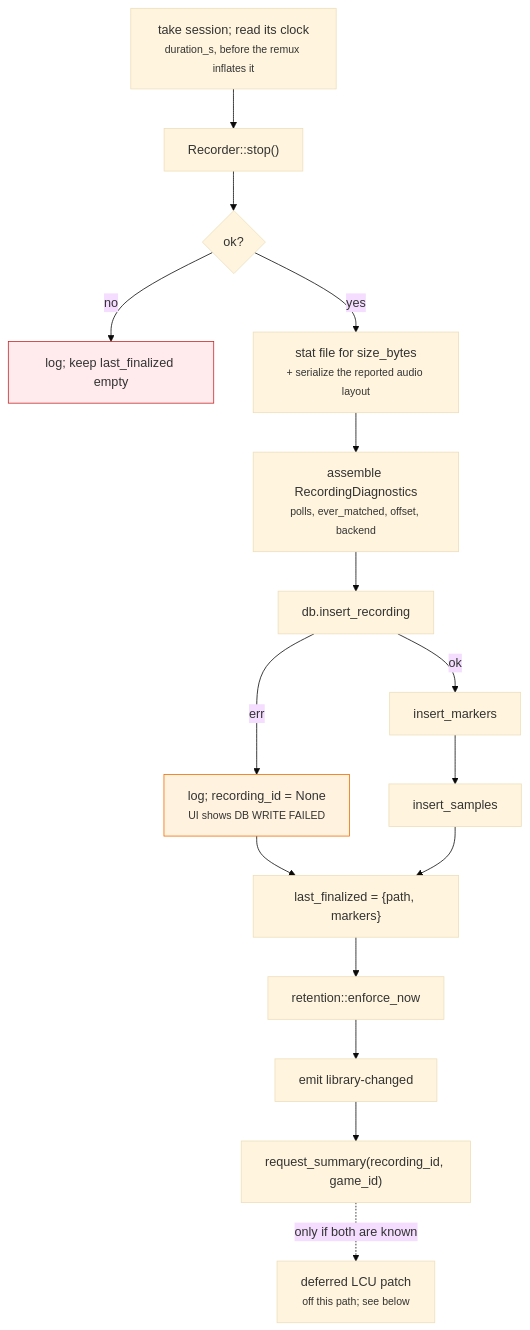
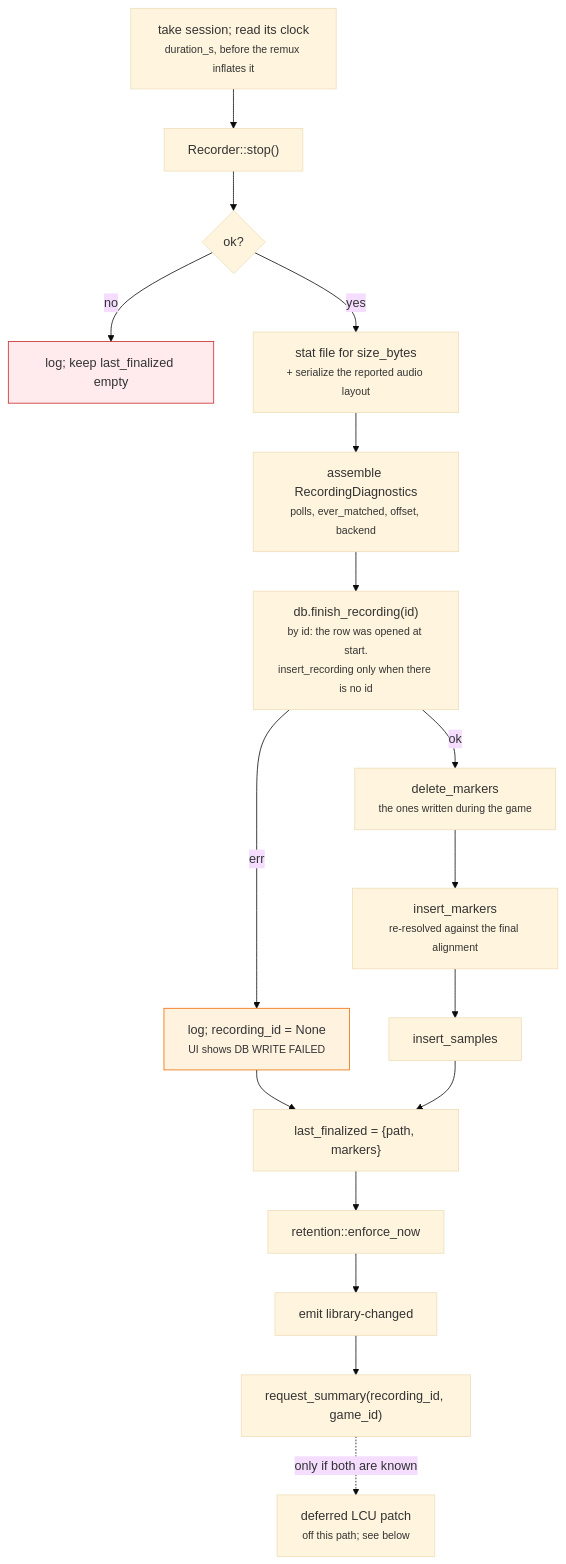
Before and after one commit to NinjaGoldfinch/ninja-recorder: the fifth of 8 diagrams in docs/recording-pipeline.md, drawn with Mermaid (base theme). The commit also changed other lines of this file and 11 other files, not shown here.

````diff
--- a/docs/recording-pipeline.md
+++ b/docs/recording-pipeline.md
@@ -421,20 +440,21 @@
 ```mermaid
 flowchart TB
     S["take session; read its clock<br/><small>duration_s, before the remux inflates it</small>"] --> A["Recorder::stop()"]
     A --> B{"ok?"}
     B -->|"no"| Z["log; keep last_finalized empty"]
     B -->|"yes"| C["stat file for size_bytes<br/><small>+ serialize the reported audio layout</small>"]
     C --> D2["assemble RecordingDiagnostics<br/><small>polls, ever_matched, offset, backend</small>"]
-    D2 --> D["db.insert_recording"]
+    D2 --> D["db.finish_recording(id)<br/><small>by id: the row was opened at start.<br/>insert_recording only when there is no id</small>"]
     D -->|"err"| E["log; recording_id = None<br/><small>UI shows DB WRITE FAILED</small>"]
-    D -->|"ok"| F["insert_markers"]
+    D -->|"ok"| F0["delete_markers<br/><small>the ones written during the game</small>"]
+    F0 --> F["insert_markers<br/><small>re-resolved against the final alignment</small>"]
     F --> G["insert_samples"]
     E --> H
     G --> H["last_finalized = {path, markers}"]
     H --> I["retention::enforce_now"]
     I --> J["emit library-changed"]
     J --> K["request_summary(recording_id, game_id)"]
     K -.->|"only if both are known"| L["deferred LCU patch<br/><small>off this path; see below</small>"]
     style Z fill:#ffebee,stroke:#c62828
     style E fill:#fff3e0,stroke:#ef6c00
 ```
````
